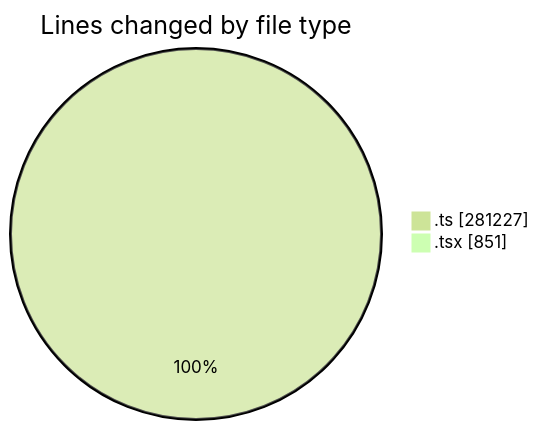
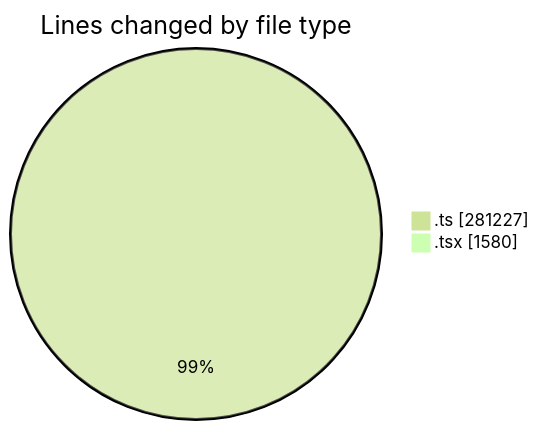
One commit to momahboobian/code-tracking changed the first of 2 diagrams in 2025-08-22/cda/README.md. Above: the diagram before and after it, drawn with Mermaid (forest theme). The commit also changed other lines of this file and 1 other file, not shown here.

````diff
--- a/2025-08-22/cda/README.md
+++ b/2025-08-22/cda/README.md
@@ -34,6 +37,6 @@
 ```mermaid
 pie showData
 title Lines changed by file type
 ".ts" : 281227
-".tsx" : 851
+".tsx" : 1580
 ```
````
